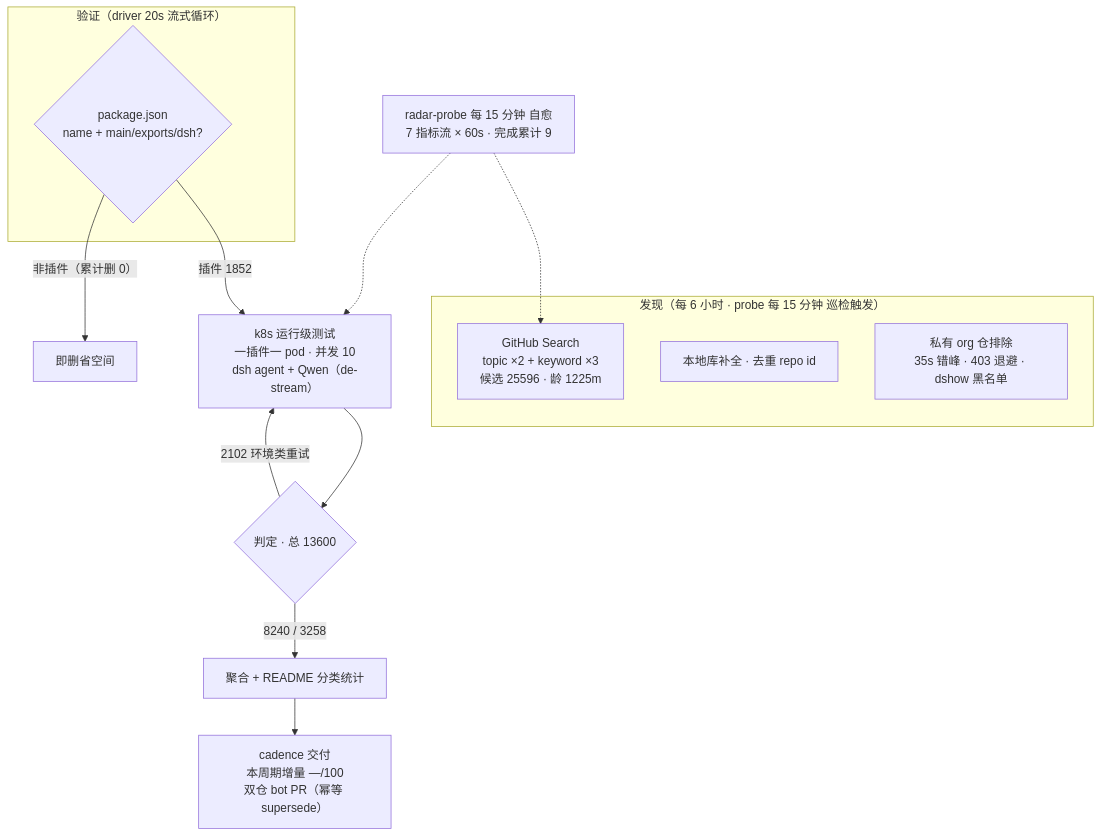
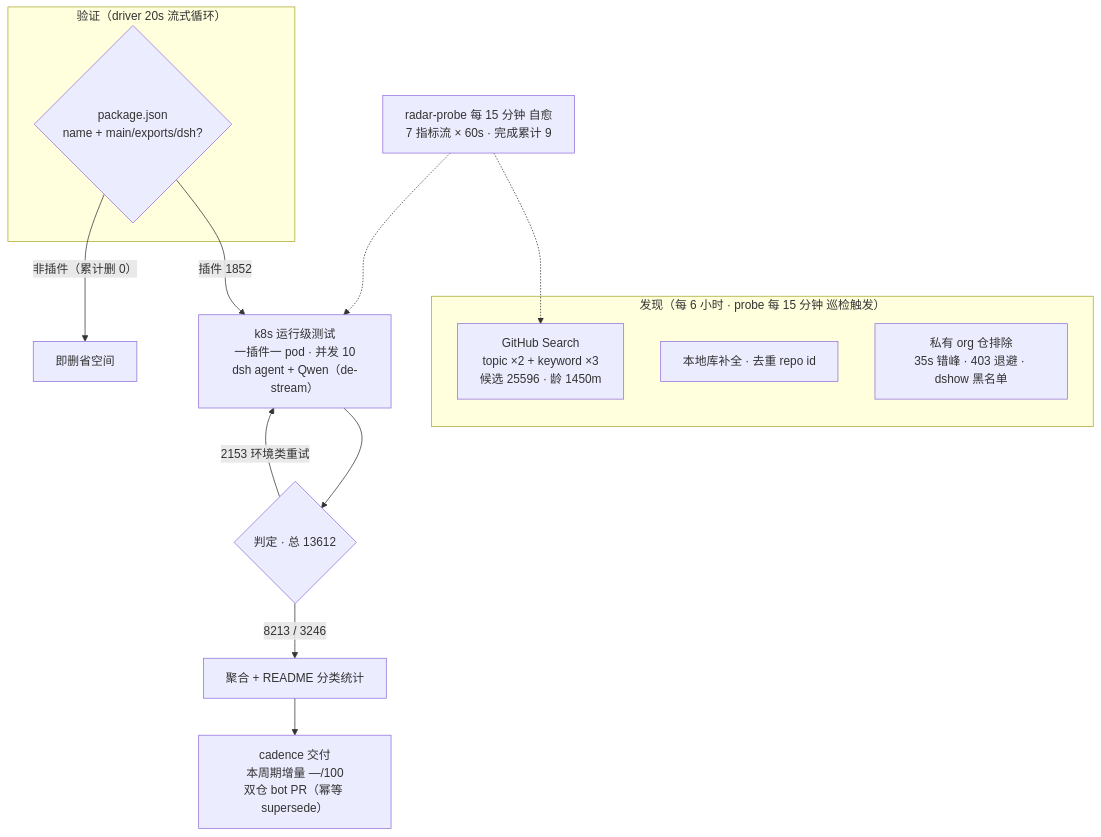
One commit to Zhidao-Lab-OSS/awesome-dsh-plugins changed the diagram in README.md. Above: the diagram before and after it, drawn with Mermaid. The commit also changed other lines of this file and 1 other file, not shown here.

````diff
--- a/README.md
+++ b/README.md
@@ -54,20 +54,20 @@
 ```mermaid
 flowchart TB
     subgraph Discovery["发现（每 6 小时 · probe 每 15 分钟 巡检触发）"]
-        A1["GitHub Search<br/>topic ×2 + keyword ×3<br/>候选 25596 · 龄 1225m"]
+        A1["GitHub Search<br/>topic ×2 + keyword ×3<br/>候选 25596 · 龄 1450m"]
         A2["本地库补全 · 去重 repo id"]
         A3["私有 org 仓排除<br/>35s 错峰 · 403 退避 · dshow 黑名单"]
     end
     subgraph Validation["验证（driver 20s 流式循环）"]
         B1{"package.json<br/>name + main/exports/dsh?"}
     end
     B1 -->|"插件 1852"| C1["k8s 运行级测试<br/>一插件一 pod · 并发 10<br/>dsh agent + Qwen（de-stream）"]
     B1 -->|"非插件（累计删 0）"| B3["即删省空间"]
-    C1 --> D1{"判定 · 总 13600"}
-    D1 -->|"8240 / 3258"| E1["聚合 + README 分类统计"]
-    D1 -->|"2102 环境类重试"| C1
+    C1 --> D1{"判定 · 总 13612"}
+    D1 -->|"8213 / 3246"| E1["聚合 + README 分类统计"]
+    D1 -->|"2153 环境类重试"| C1
     E1 --> E2["cadence 交付<br/>本周期增量 —/100<br/>双仓 bot PR（幂等 supersede）"]
     M["radar-probe 每 15 分钟 自愈<br/>7 指标流 × 60s · 完成累计 9"]
     M -.-> A1
     M -.-> C1
 ```
````
